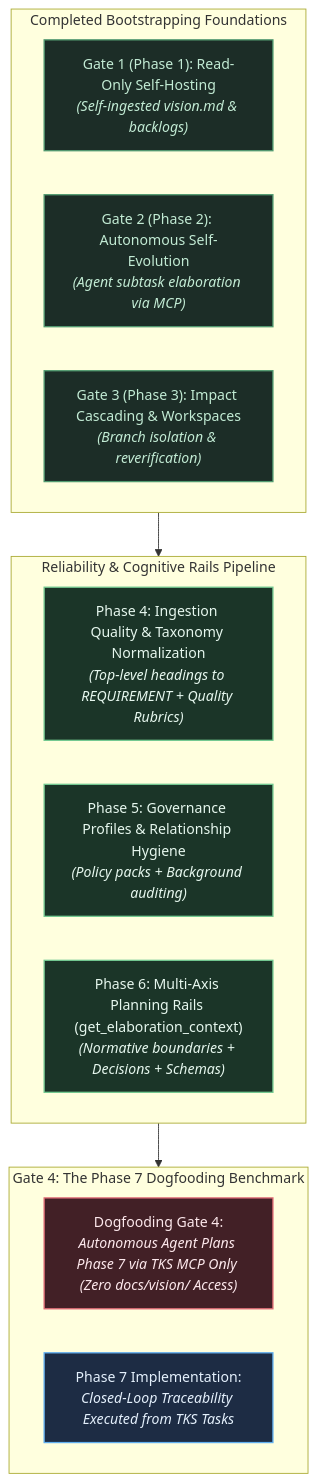
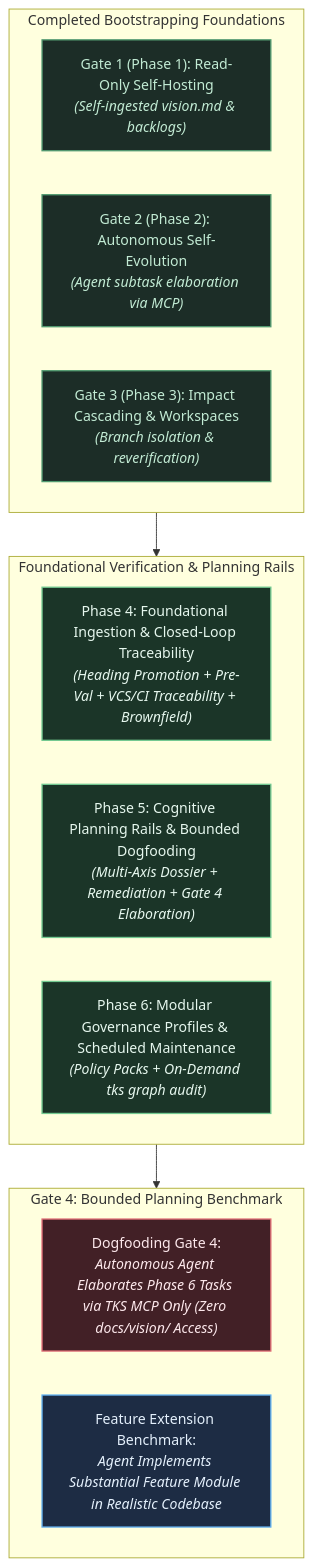
One commit to Shapedsundew9/tks changed the second of 3 diagrams in docs/vision/strategic-planning-backlog.md. Above: the diagram before and after it, drawn with Mermaid. The commit also changed other lines of this file and 2 other files, not shown here.

Commit message:
Vision alignment (Stakeholder: gemini-3.8-flash-high, Visionary: gemini-3.8-flash-high)

````diff
--- a/docs/vision/strategic-planning-backlog.md
+++ b/docs/vision/strategic-planning-backlog.md
@@ -207,54 +198,54 @@
 ```mermaid
 %%{init: {
   'theme': 'base',
   'themeVariables': {
     'darkMode': true,
     'background': '#161922',
     'mainBkg': '#1e2230',
     'nodeBorder': '#434c5e',
     'textColor': '#e2e8f0',
     'fontFamily': 'ui-sans-serif, system-ui, -apple-system, BlinkMacSystemFont, "Segoe UI", Roboto, "Helvetica Neue", Arial, sans-serif',
     'fontSize': '14px',
     'lineColor': '#8892b0',
     'primaryColor': '#422026',
     'primaryTextColor': '#fde8ec',
     'primaryBorderColor': '#e06c75',
     'secondaryColor': '#1b3528',
     'secondaryTextColor': '#e6f7ee',
     'secondaryBorderColor': '#73c991',
     'tertiaryColor': '#1d2c44',
     'tertiaryTextColor': '#e4f0fc',
     'tertiaryBorderColor': '#61afef',
     'clusterBkg': '#13161f',
     'clusterBorder': '#373e51',
     'noteBkgColor': '#2e271a',
     'noteTextColor': '#fdf4db',
     'noteBorderColor': '#e5c07b',
     'edgeLabelBackground': '#1a1d27'
   }
 }}%%
 flowchart TD
     classDef primary fill:#422026,stroke:#e06c75,stroke-width:1.5px,color:#fde8ec;
     classDef secondary fill:#1b3528,stroke:#73c991,stroke-width:1.5px,color:#e6f7ee;
     classDef tertiary fill:#1d2c44,stroke:#61afef,stroke-width:1.5px,color:#e4f0fc;
     classDef completed fill:#1c2d27,stroke:#529b71,stroke-width:1.5px,color:#c2ebd4;
 
     subgraph Complete["Completed Bootstrapping Foundations"]
         G1["Gate 1 (Phase 1): Read-Only Self-Hosting<br/><i>(Self-ingested vision.md & backlogs)</i>"]:::completed
         G2["Gate 2 (Phase 2): Autonomous Self-Evolution<br/><i>(Agent subtask elaboration via MCP)</i>"]:::completed
         G3["Gate 3 (Phase 3): Impact Cascading & Workspaces<br/><i>(Branch isolation & reverification)</i>"]:::completed
     end
 
-    subgraph Expansion["Reliability & Cognitive Rails Pipeline"]
-        B4["Phase 4: Ingestion Quality & Taxonomy Normalization<br/><i>(Top-level headings to REQUIREMENT + Quality Rubrics)</i>"]:::secondary
-        B5["Phase 5: Governance Profiles & Relationship Hygiene<br/><i>(Policy packs + Background auditing)</i>"]:::secondary
-        B6["Phase 6: Multi-Axis Planning Rails (get_elaboration_context)<br/><i>(Normative boundaries + Decisions + Schemas)</i>"]:::secondary
+    subgraph TraceabilityAndRails["Foundational Verification & Planning Rails"]
+        B4["Phase 4: Foundational Ingestion & Closed-Loop Traceability<br/><i>(Heading Promotion + Pre-Val + VCS/CI Traceability + Brownfield)</i>"]:::secondary
+        B5["Phase 5: Cognitive Planning Rails & Bounded Dogfooding<br/><i>(Multi-Axis Dossier + Remediation + Gate 4 Elaboration)</i>"]:::secondary
+        B6["Phase 6: Modular Governance Profiles & Scheduled Maintenance<br/><i>(Policy Packs + On-Demand tks graph audit)</i>"]:::secondary
     end
 
-    subgraph DogfoodTarget["Gate 4: The Phase 7 Dogfooding Benchmark"]
-        G4["Dogfooding Gate 4:<br/><i>Autonomous Agent Plans Phase 7 via TKS MCP Only (Zero docs/vision/ Access)</i>"]:::primary
-        P7Exec["Phase 7 Implementation:<br/><i>Closed-Loop Traceability Executed from TKS Tasks</i>"]:::tertiary
+    subgraph DogfoodTarget["Gate 4: Bounded Planning Benchmark"]
+        G4["Dogfooding Gate 4:<br/><i>Autonomous Agent Elaborates Phase 6 Tasks via TKS MCP Only (Zero docs/vision/ Access)</i>"]:::primary
+        Bench["Feature Extension Benchmark:<br/><i>Agent Implements Substantial Feature Module in Realistic Codebase</i>"]:::tertiary
     end
 
-    Complete --> Expansion --> DogfoodTarget
+    Complete --> TraceabilityAndRails --> DogfoodTarget
 ```
````
